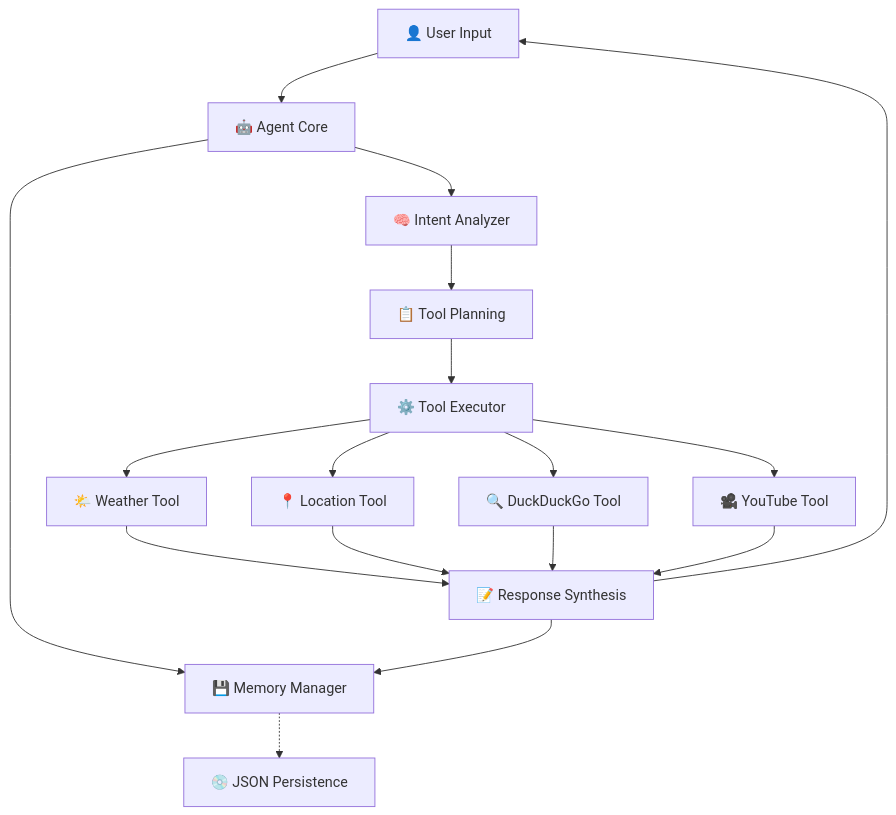
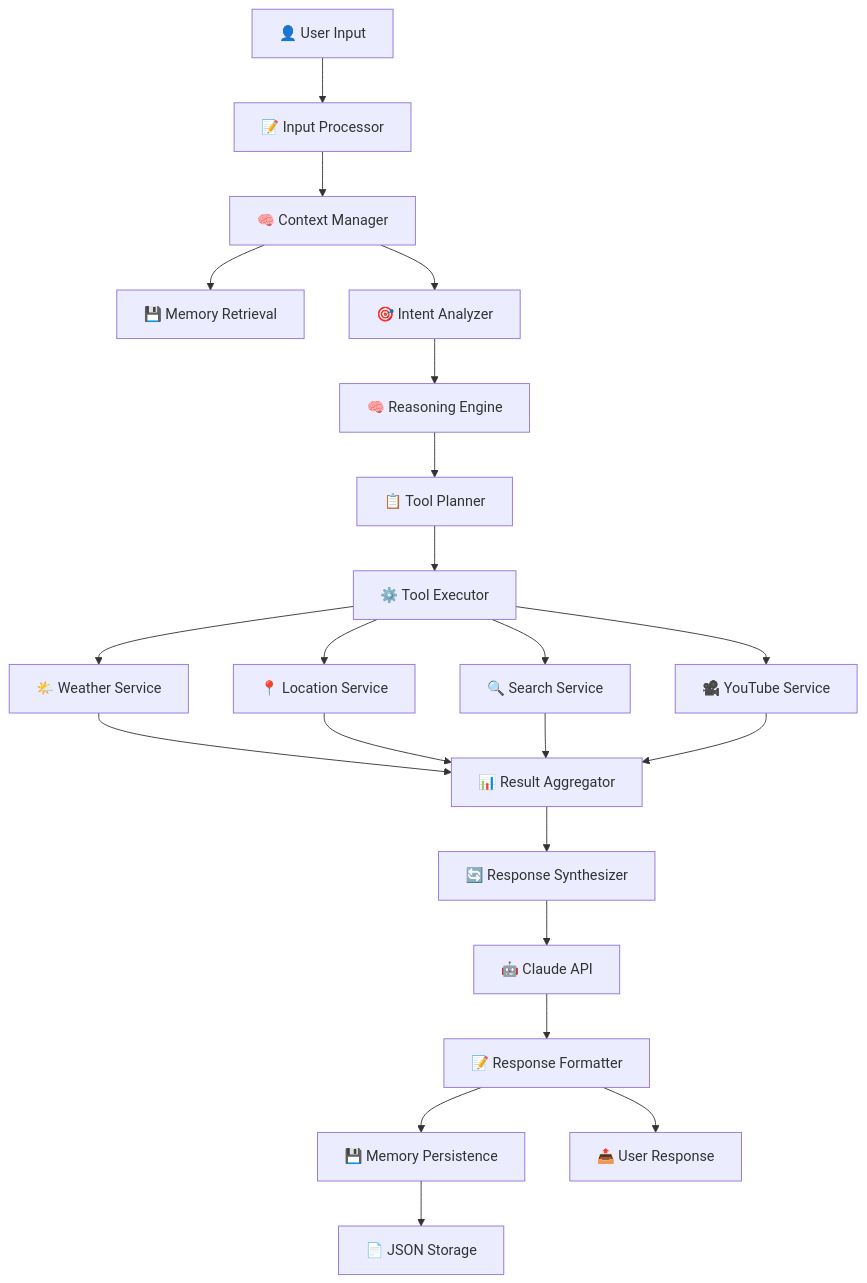
Before and after one commit to rajpraba1986/intelligent-agents-collection: the first of 4 diagrams in README.md, drawn with Mermaid. The commit also changed other lines of this file and 1 other file, not shown here.

````diff
--- a/README.md
+++ b/README.md
@@ -20,24 +22,30 @@
 ```mermaid
-graph TB
-    User[👤 User Input] --> Agent[🤖 Agent Core]
-    Agent --> Memory[💾 Memory Manager]
-    Agent --> Analyzer[🧠 Intent Analyzer]
+graph TD
+    UserInput[👤 User Input] --> InputProcessor[📝 Input Processor]
+    InputProcessor --> ContextManager[🧠 Context Manager]
+    ContextManager --> MemoryRetrieval[💾 Memory Retrieval]
+    ContextManager --> IntentAnalyzer[🎯 Intent Analyzer]
     
-    Analyzer --> Planning[📋 Tool Planning]
-    Planning --> Executor[⚙️ Tool Executor]
+    IntentAnalyzer --> ReasoningEngine[🧠 Reasoning Engine]
+    ReasoningEngine --> ToolPlanner[📋 Tool Planner]
+    ToolPlanner --> ToolExecutor[⚙️ Tool Executor]
     
-    Executor --> Weather[🌤️ Weather Tool]
-    Executor --> Location[📍 Location Tool]
-    Executor --> Search[🔍 DuckDuckGo Tool]
-    Executor --> YouTube[🎥 YouTube Tool]
+    ToolExecutor --> WeatherService[🌤️ Weather Service]
+    ToolExecutor --> LocationService[📍 Location Service]
+    ToolExecutor --> SearchService[🔍 Search Service]
+    ToolExecutor --> YouTubeService[🎥 YouTube Service]
     
-    Weather --> Response[📝 Response Synthesis]
-    Location --> Response
-    Search --> Response
-    YouTube --> Response
+    WeatherService --> ResultAggregator[📊 Result Aggregator]
+    LocationService --> ResultAggregator
+    SearchService --> ResultAggregator
+    YouTubeService --> ResultAggregator
     
-    Response --> Memory
-    Response --> User
+    ResultAggregator --> ResponseSynthesizer[🔄 Response Synthesizer]
+    ResponseSynthesizer --> ClaudeAPI[🤖 Claude API]
+    ClaudeAPI --> ResponseFormatter[📝 Response Formatter]
     
-    Memory -.-> FileSystem[💿 JSON Persistence]
+    ResponseFormatter --> MemoryPersistence[💾 Memory Persistence]
+    ResponseFormatter --> UserResponse[📤 User Response]
+    
+    MemoryPersistence --> JSONStorage[📄 JSON Storage]
 ```
````
